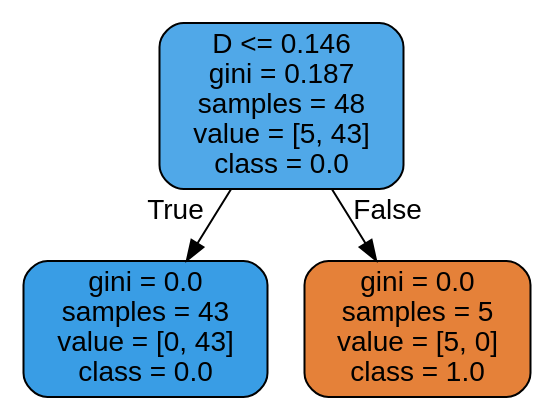
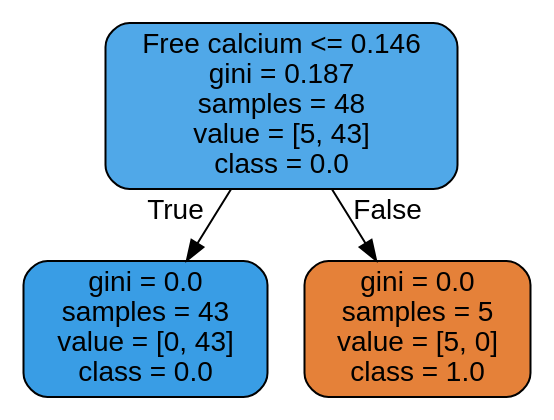
Before and after one commit to beryl-07/data-science-mini-project: the diagram in eligibility-test-decision-tree.dot, drawn with Graphviz. The commit also changed 1 other file, not shown here.

```diff
--- a/eligibility-test-decision-tree.dot
+++ b/eligibility-test-decision-tree.dot
@@ -1,9 +1,9 @@
 digraph Tree {
 node [shape=box, style="filled, rounded", color="black", fontname="helvetica"] ;
 edge [fontname="helvetica"] ;
-0 [label="D <= 0.146\ngini = 0.187\nsamples = 48\nvalue = [5, 43]\nclass = 0.0", fillcolor="#50a8e8"] ;
+0 [label="Free calcium <= 0.146\ngini = 0.187\nsamples = 48\nvalue = [5, 43]\nclass = 0.0", fillcolor="#50a8e8"] ;
 1 [label="gini = 0.0\nsamples = 43\nvalue = [0, 43]\nclass = 0.0", fillcolor="#399de5"] ;
 0 -> 1 [labeldistance=2.5, labelangle=45, headlabel="True"] ;
 2 [label="gini = 0.0\nsamples = 5\nvalue = [5, 0]\nclass = 1.0", fillcolor="#e58139"] ;
 0 -> 2 [labeldistance=2.5, labelangle=-45, headlabel="False"] ;
 }
```
